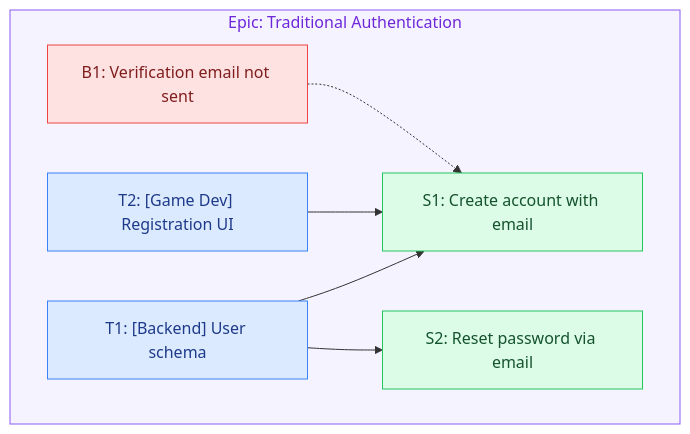
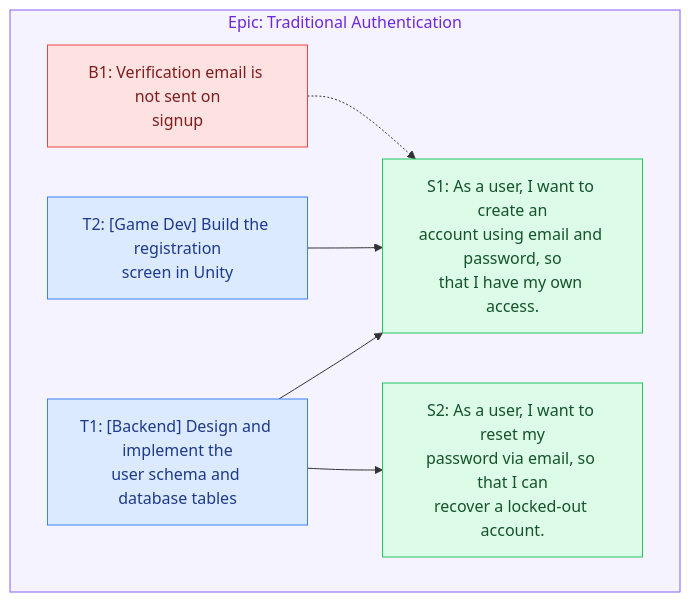
The diagram in skills/groomie/references/breakdown-guide.md (mfozmen/groomie), drawn with Mermaid before and after one commit. The commit also changed other lines of this file and 2 other files, not shown here.

First line of the commit message:
feat(groomie): mermaid diagram labels use full wrapped titles

````diff
--- a/skills/groomie/references/breakdown-guide.md
+++ b/skills/groomie/references/breakdown-guide.md
@@ -458,21 +466,21 @@
 ```mermaid
 flowchart TD
   subgraph epic1["Epic: Traditional Authentication"]
-    S1["S1: Create account with email"]
-    S2["S2: Reset password via email"]
-    T1["T1: [Backend] User schema"]
-    T2["T2: [Game Dev] Registration UI"]
-    B1["B1: Verification email not sent"]
+    S1["S1: As a user, I want to create an<br/>account using email and password, so<br/>that I have my own access."]
+    S2["S2: As a user, I want to reset my<br/>password via email, so that I can<br/>recover a locked-out account."]
+    T1["T1: [Backend] Design and implement the<br/>user schema and database tables"]
+    T2["T2: [Game Dev] Build the registration<br/>screen in Unity"]
+    B1["B1: Verification email is not sent on<br/>signup"]
   end
   T1 --> S1
   T1 --> S2
   T2 --> S1
   B1 -.-> S1
   classDef story fill:#dcfce7,stroke:#22c55e,color:#14532d;
   classDef task  fill:#dbeafe,stroke:#3b82f6,color:#1e3a8a;
   classDef bug   fill:#fee2e2,stroke:#ef4444,color:#7f1d1d;
   class S1,S2 story;
   class T1,T2 task;
   class B1 bug;
   style epic1 fill:#f5f3ff,stroke:#8b5cf6,color:#6d28d9;
 ```
````
